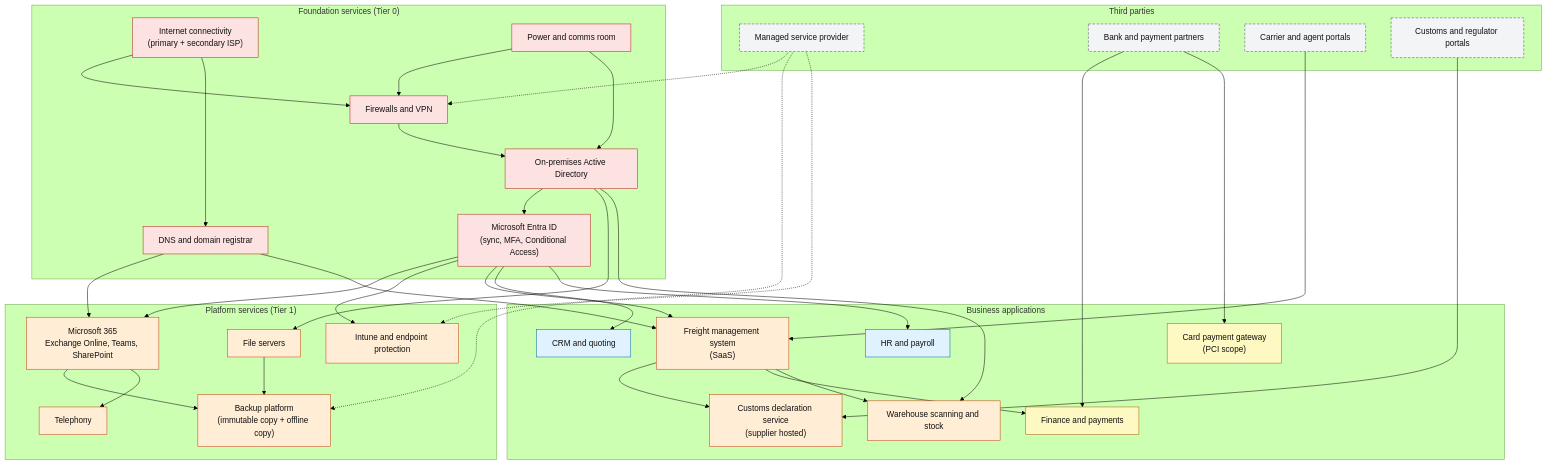
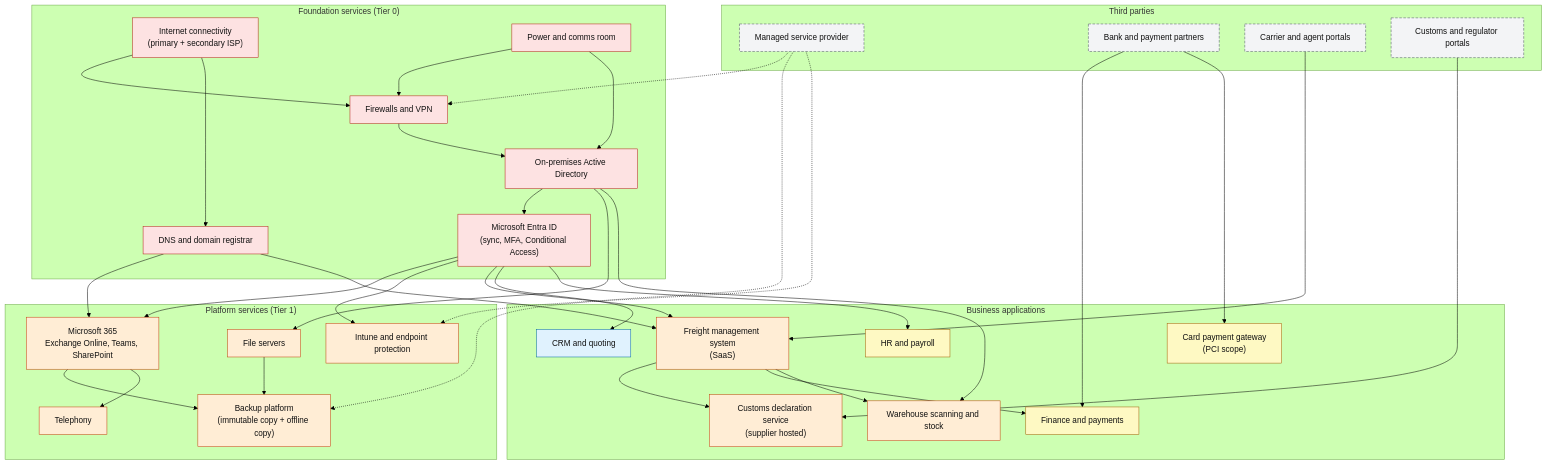
Before and after one commit to pJijesh/incident-response-and-dr-playbooks: the diagram in dr/dependency-map.mmd, drawn with Mermaid (forest theme). The commit also changed 12 other files, not shown here.

```diff
--- a/dr/dependency-map.mmd
+++ b/dr/dependency-map.mmd
@@ -1,69 +1,69 @@
 flowchart TB
   classDef t0 fill:#fde2e2,stroke:#b42318,color:#111
   classDef t1 fill:#ffedd5,stroke:#c2410c,color:#111
   classDef t2 fill:#fef9c3,stroke:#a16207,color:#111
   classDef t3 fill:#e0f2fe,stroke:#0369a1,color:#111
   classDef ext fill:#f3f4f6,stroke:#4b5563,stroke-dasharray: 5 3,color:#111
 
   subgraph FOUND["Foundation services (Tier 0)"]
     ISP["Internet connectivity<br/>(primary + secondary ISP)"]:::t0
     DNS["DNS and domain registrar"]:::t0
     FW["Firewalls and VPN"]:::t0
     AD["On-premises Active Directory"]:::t0
     ENTRA["Microsoft Entra ID<br/>(sync, MFA, Conditional Access)"]:::t0
     PWR["Power and comms room"]:::t0
   end
 
   subgraph PLAT["Platform services (Tier 1)"]
     M365["Microsoft 365<br/>Exchange Online, Teams, SharePoint"]:::t1
     INTUNE["Intune and endpoint protection"]:::t1
     BKP["Backup platform<br/>(immutable copy + offline copy)"]:::t1
     FS["File servers"]:::t1
     TEL["Telephony"]:::t1
   end
 
   subgraph BUS["Business applications"]
     FMS["Freight management system<br/>(SaaS)"]:::t1
     CUS["Customs declaration service<br/>(supplier hosted)"]:::t1
     WMS["Warehouse scanning and stock"]:::t1
     FIN["Finance and payments"]:::t2
     PAY["Card payment gateway<br/>(PCI scope)"]:::t2
     CRM["CRM and quoting"]:::t3
-    HR["HR and payroll"]:::t3
+    HR["HR and payroll"]:::t2
   end
 
   subgraph EXT["Third parties"]
     MSP["Managed service provider"]:::ext
     BANK["Bank and payment partners"]:::ext
     CARR["Carrier and agent portals"]:::ext
     AUTH["Customs and regulator portals"]:::ext
   end
 
   PWR --> FW
   PWR --> AD
   ISP --> FW
   ISP --> DNS
   FW --> AD
   AD --> ENTRA
   ENTRA --> M365
   ENTRA --> INTUNE
   ENTRA --> FMS
   ENTRA --> CRM
   ENTRA --> HR
   AD --> FS
   AD --> WMS
   DNS --> M365
   DNS --> FMS
   FS --> BKP
   M365 --> BKP
   M365 --> TEL
   FMS --> CUS
   AUTH --> CUS
   CARR --> FMS
   FMS --> FIN
   FMS --> WMS
   BANK --> FIN
   BANK --> PAY
   MSP -.-> FW
   MSP -.-> BKP
   MSP -.-> INTUNE
```
